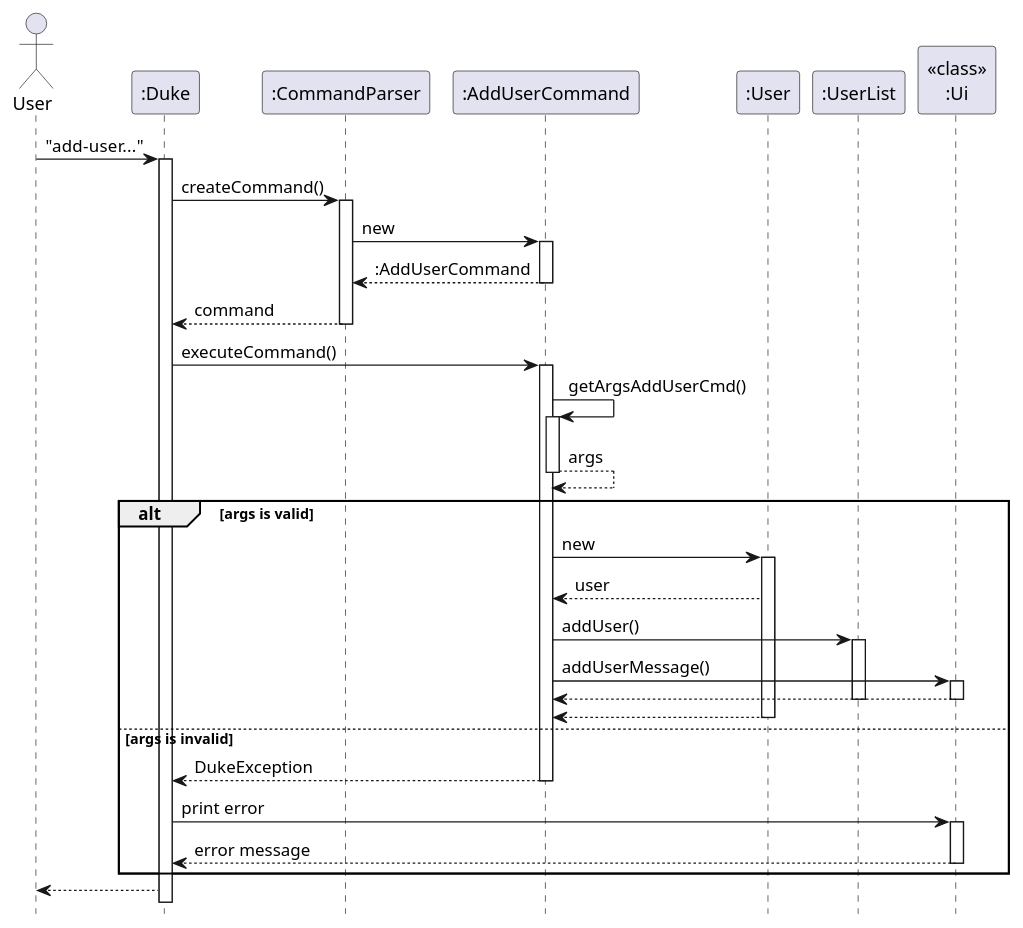
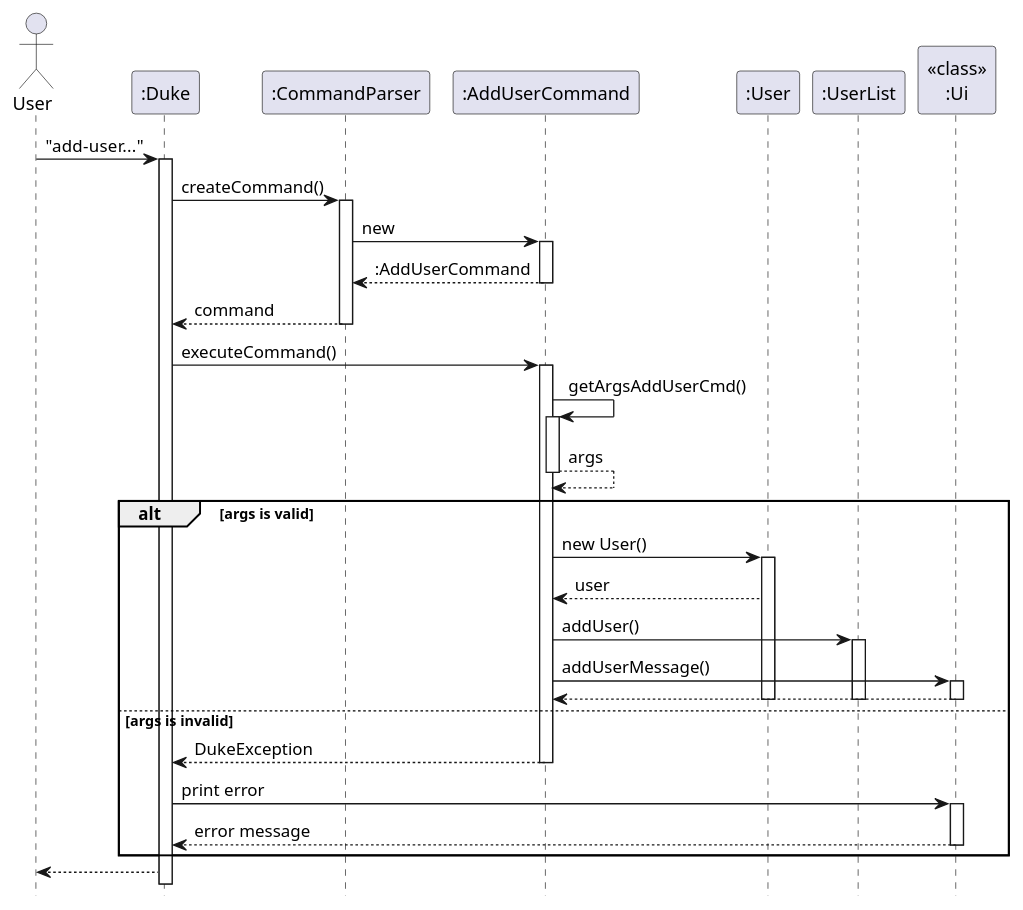
Before and after one commit to nus-cs2113-AY2223S1/tp: the diagram in docs/diagrams/user/AddUserSequence.puml, drawn with PlantUML. The commit also changed 13 other files, not shown here.

Commit message:
Update diagrams

```diff
--- a/docs/diagrams/user/AddUserSequence.puml
+++ b/docs/diagrams/user/AddUserSequence.puml
@@ -1,40 +1,39 @@
 @startuml
 hide footbox
 Actor User
 "User" -> ":Duke": "add-user..."
 activate ":Duke"
 ":Duke" -> ":CommandParser": createCommand()
 activate ":CommandParser"
 ":CommandParser" -> ":AddUserCommand": new
 activate ":AddUserCommand"
 return :AddUserCommand
 ":CommandParser" --> ":Duke": command
 deactivate
 ":Duke" -> ":AddUserCommand" : executeCommand()
 activate ":AddUserCommand"
 ":AddUserCommand" -> ":AddUserCommand": getArgsAddUserCmd()
 activate ":AddUserCommand"
 return args
 alt args is valid
-    ":AddUserCommand" -> ":User": new
+    ":AddUserCommand" -> ":User": new User()
     activate ":User"
     ":User" --> ":AddUserCommand": user
     ":AddUserCommand" -> ":UserList": addUser()
     activate ":UserList"
     ":AddUserCommand" -> "<<class>>\n:Ui": addUserMessage()
     activate "<<class>>\n:Ui"
     return
     deactivate ":UserList"
-    return
     deactivate "<<class>>\n:Ui"
     deactivate ":User"
 else args is invalid
     ":AddUserCommand" --> ":Duke" : DukeException
     deactivate ":AddUserCommand"
     ":Duke" -> "<<class>>\n:Ui" : print error
     activate "<<class>>\n:Ui"
     "<<class>>\n:Ui" --> ":Duke" : error message
     deactivate "<<class>>\n:Ui"
 end
 ":Duke" --> "User"
 @enduml
```
